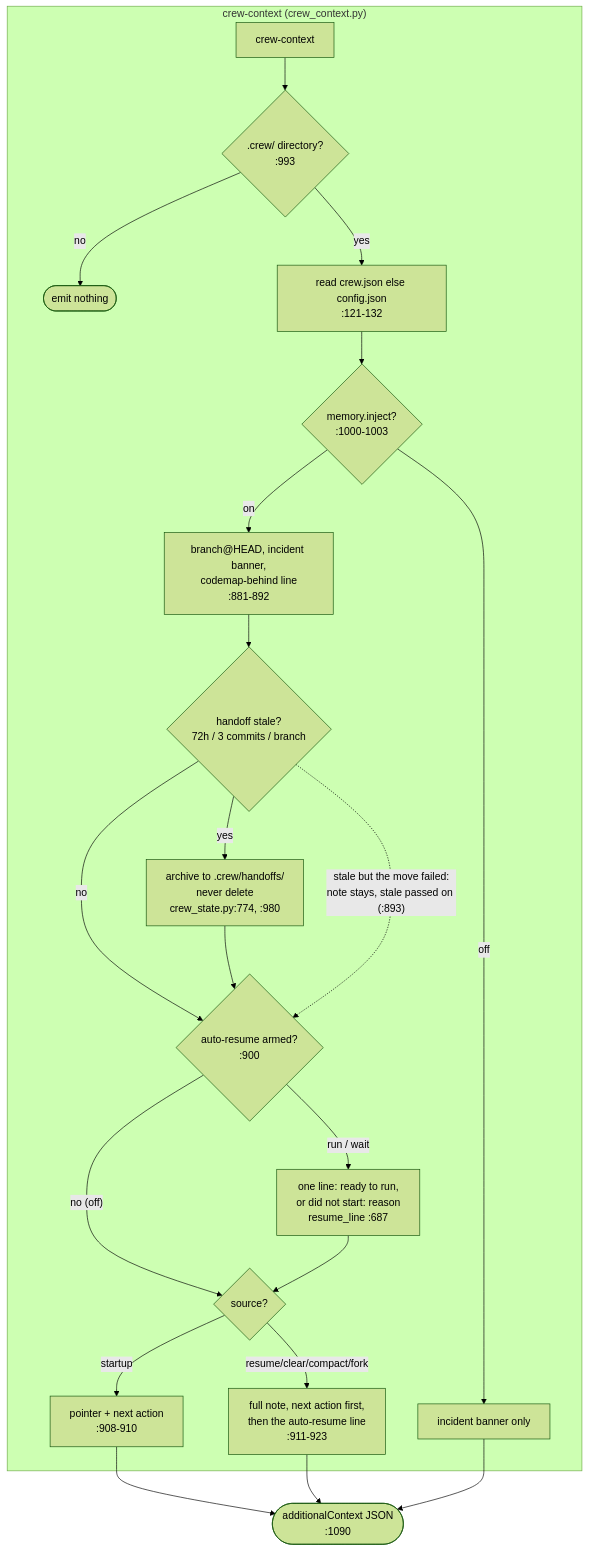
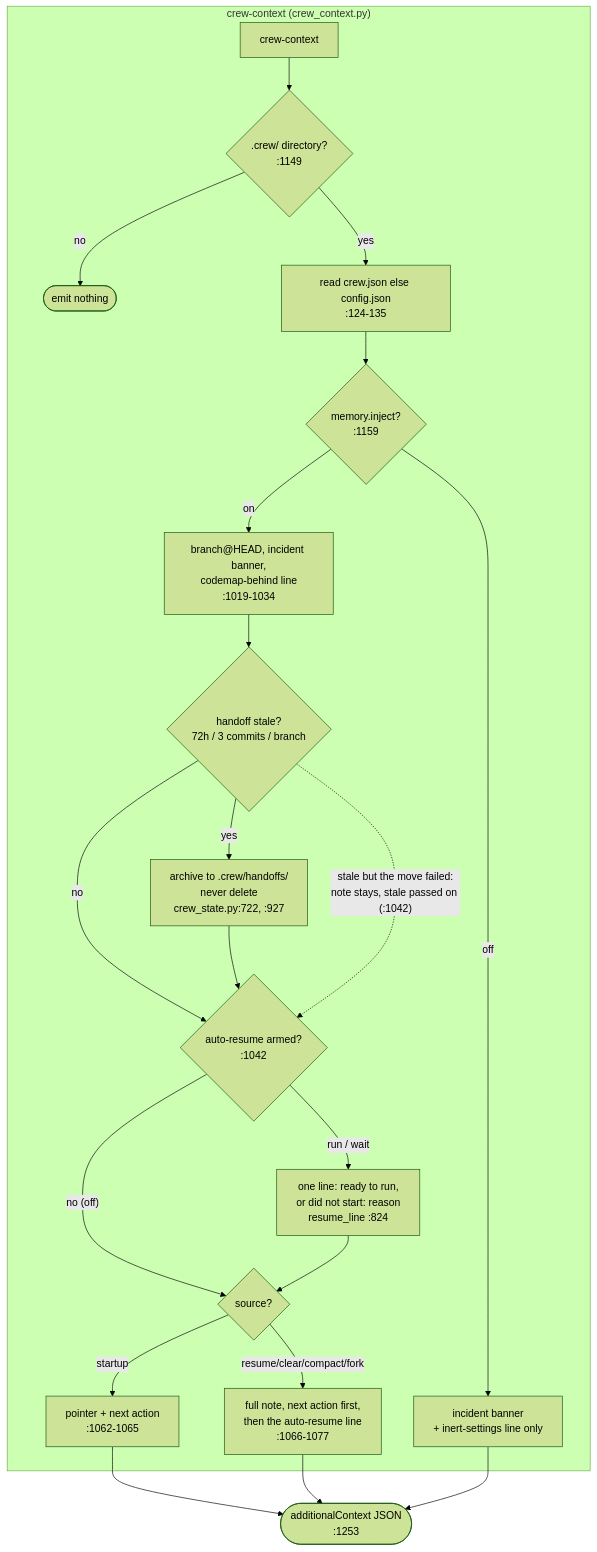
One commit to mbadali25/useful-claude-add-ons changed the diagram in docs/diagrams/process-crew-brief-crew-context.mmd. Above: the diagram before and after it, drawn with Mermaid (forest theme). The commit also changed 14 other files, not shown here.

Commit message:
L-0867: refresh artifacts after the receipt (own diagrams and codemap anchors, rules)

```diff
--- a/docs/diagrams/process-crew-brief-crew-context.mmd
+++ b/docs/diagrams/process-crew-brief-crew-context.mmd
@@ -1,44 +1,46 @@
-%% Generated from useful-claude-add-ons@388ceff31 on 2026-09-30, re-anchored on L-0712-cross-family-fallback 2026-10-08 (L-0712: crew_state.py changed only in resolve_role's fallback, new :1502-1720, and CONFIG.md gained a subsection at :884-900; no line this diagram cites moved, checked with grep -n). Verify before trusting.
+%% Generated from useful-claude-add-ons@7944f06d7 on 2026-10-22, first drawn 2026-09-30 at 388ceff31 and re-anchored 2026-10-08 on L-0712 (L-0867 refresh: every crew_context.py and crew_state.py line below was re-taken at 7944f06d7 with grep -n; the citations in the earlier versions were already stale). Verify before trusting.
 %% Anchors: plugin/crew/hooks/scripts/crew-context.sh, plugin/crew/hooks/scripts/crew_context.py, plugin/crew/hooks/scripts/crew_resume.py, plugin/crew/hooks/scripts/crew_state.py
 %% Purpose: The crew-context SessionStart hook: how it reads the config, applies the stale-handoff rule and the auto-resume decision, and what it emits as additionalContext for each session source.
 %% Embed: none
 %% Part of process-crew-brief.mmd (the overview, which keeps the re-anchoring history).
-%% crew_context.py:993 no .crew/ directory -> emits nothing; :121-132 reads
-%%   crew.json else config.json; :1000-1003 inject:false -> incident banner only;
-%%   :881-892 branch@HEAD, incident banner, codemap-behind line; :893 stale
-%%   verdict + archive (_handoff_verdict :638); :900-901 auto-resume decision
-%%   (resume_decision :661, crew_resume.decide; `off` unless armed and source is
-%%   clear/compact); :908-910 startup -> pointer + next action; :911-923 other
-%%   sources -> full note, next action first, then the auto-resume line; :924 no
-%%   note but a resume line -> that line alone; :1090 JSON additionalContext (LF stdout, :1086-1089).
-%% Stale rule: crew_state.py:646 (72h / 3 commits), :859-914, archived to
-%%   .crew/handoffs/ (:774, :980), never deleted; never raises (:954-958).
-%% Note stale: crew_state.py:646, :859-914
+%% crew_context.py:1149 no .crew/ directory -> emits nothing; :124-135 reads
+%%   crew.json else config.json; :1159-1165 inject:false -> incident banner and inert-settings line only (SessionStart only);
+%%   :1019-1034 branch@HEAD, incident banner, codemap-behind line; :1035 stale
+%%   verdict + archive (_handoff_verdict :682); :1042-1043 auto-resume decision
+%%   (resume_decision :705, crew_resume.decide :726; `off` unless armed and source is
+%%   clear/compact); :1062-1065 startup -> pointer + next action; :1066-1077 other
+%%   sources -> full note, next action first, then the auto-resume line; :1078-1079 no
+%%   note but a resume line -> that line alone; :1253 JSON additionalContext (emit :1247, LF stdout, :1251-1252).
+%% L-0727 slice 3 changed crew_context.py only above these lines (_resume_typing_cmd / start_resume_typing lost their
+%%   ps1 branch, :737-783): the typing sender is not a box here, so no node changed; the lines below :783 shifted by that edit's -7.
+%% Stale rule: crew_state.py:584 (72h / 3 commits), :791-870 (handoff_staleness, which also compares the noted branch), archived to
+%%   .crew/handoffs/ (:722, :927-929), never deleted; never raises (docstring :893-907, OSError arm :930-936).
+%% Note stale: crew_state.py:584, :791-870
 %% Note cc6: machine resume.auto true, no repo veto; source clear / manual compact; note
-%%    written by this session (T-0042); :900, crew_resume.decide
-%% Note rs1: ready to run the re-rendered command; resume_line :687, never initialUserMessage
+%%    written by this session (T-0042); :1042, crew_resume.decide
+%% Note rs1: ready to run the re-rendered command; resume_line :824, never initialUserMessage
 flowchart TB
     CC[crew-context]
     subgraph crewContext["crew-context (crew_context.py)"]
-        CC --> cc1{".crew/ directory?<br/>:993"}
+        CC --> cc1{".crew/ directory?<br/>:1149"}
         cc1 -- no --> ccx([emit nothing])
-        cc1 -- yes --> cc2["read crew.json else config.json<br/>:121-132"]
-        cc2 --> cc3{"memory.inject?<br/>:1000-1003"}
-        cc3 -- off --> cc4[incident banner only]
-        cc3 -- on --> cc5["branch@HEAD, incident banner,<br/>codemap-behind line<br/>:881-892"]
+        cc1 -- yes --> cc2["read crew.json else config.json<br/>:124-135"]
+        cc2 --> cc3{"memory.inject?<br/>:1159"}
+        cc3 -- off --> cc4[incident banner<br/>+ inert-settings line only]
+        cc3 -- on --> cc5["branch@HEAD, incident banner,<br/>codemap-behind line<br/>:1019-1034"]
         cc5 --> stale{"handoff stale?<br/>72h / 3 commits / branch"}
-        stale -- yes --> arch["archive to .crew/handoffs/<br/>never delete<br/>crew_state.py:774, :980"]
+        stale -- yes --> arch["archive to .crew/handoffs/<br/>never delete<br/>crew_state.py:722, :927"]
         stale -- no --> cc6
         arch --> cc6
-        stale -. "stale but the move failed:<br/>note stays, stale passed on (:893)" .-> cc6
-        cc6{"auto-resume armed?<br/>:900"}
+        stale -. "stale but the move failed:<br/>note stays, stale passed on (:1042)" .-> cc6
+        cc6{"auto-resume armed?<br/>:1042"}
         cc6 -- "no (off)" --> src{"source?"}
-        cc6 -- "run / wait" --> rs1["one line: ready to run,<br/>or did not start: reason<br/>resume_line :687"]
+        cc6 -- "run / wait" --> rs1["one line: ready to run,<br/>or did not start: reason<br/>resume_line :824"]
         rs1 --> src
-        src -- startup --> ptr["pointer + next action<br/>:908-910"]
-        src -- "resume/clear/compact/fork" --> full["full note, next action first,<br/>then the auto-resume line<br/>:911-923"]
+        src -- startup --> ptr["pointer + next action<br/>:1062-1065"]
+        src -- "resume/clear/compact/fork" --> full["full note, next action first,<br/>then the auto-resume line<br/>:1066-1077"]
     end
 
-    ptr --> out(["additionalContext JSON<br/>:1090"])
+    ptr --> out(["additionalContext JSON<br/>:1253"])
     full --> out
     cc4 --> out
```
